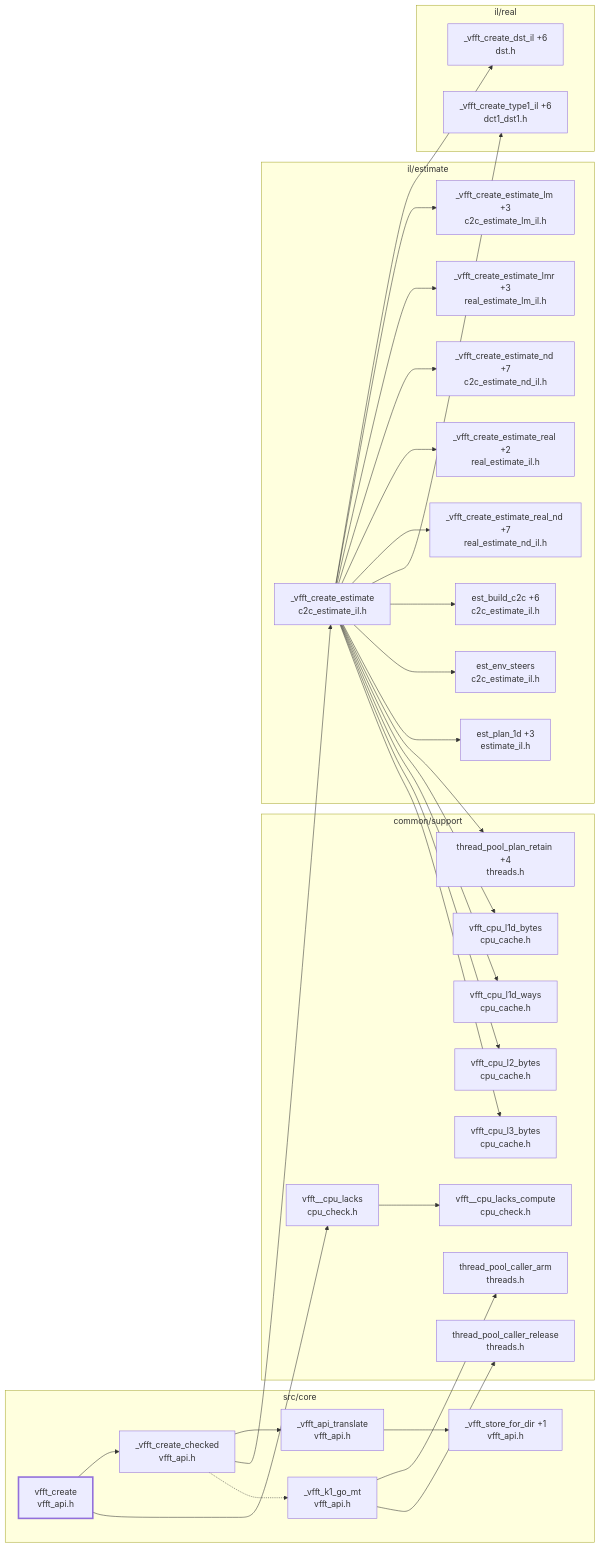
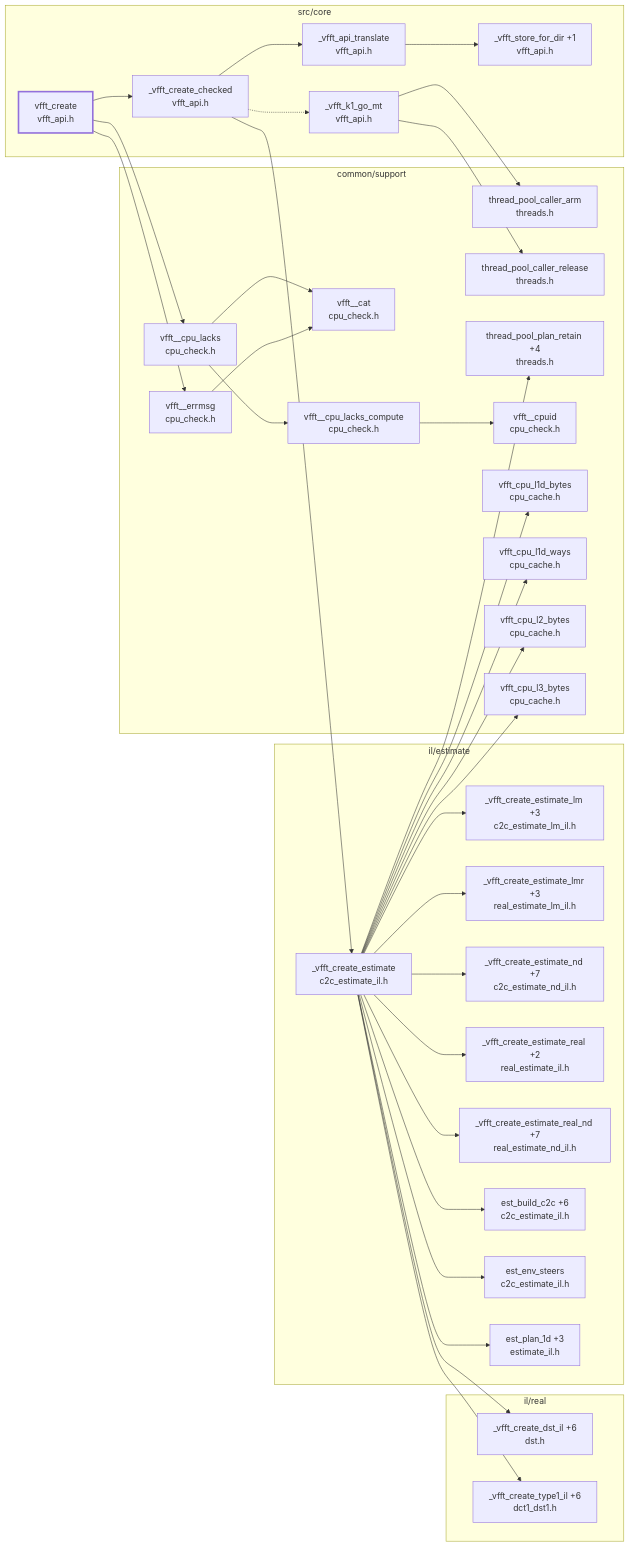
One commit to Tugbars/VectorFFT changed the diagram in docs/architecture/generated/calls/create.md. Above: the diagram before and after it, drawn with Mermaid. The commit also changed 40 other files, not shown here.

````diff
--- a/docs/architecture/generated/calls/create.md
+++ b/docs/architecture/generated/calls/create.md
@@ -10,61 +10,68 @@
 ```mermaid
 flowchart LR
     subgraph n_f__core_["src/core"]
         n_fn__vfft_api_translate["_vfft_api_translate<br/>vfft_api.h"]
         n_fn__vfft_create_checked["_vfft_create_checked<br/>vfft_api.h"]
         n_fn__vfft_k1_go_mt["_vfft_k1_go_mt<br/>vfft_api.h"]
         n_fn__vfft_store_for_dir["_vfft_store_for_dir +1<br/>vfft_api.h"]
         n_fn_vfft_create["vfft_create<br/>vfft_api.h"]:::entry
     end
     subgraph n_f_common_support["common/support"]
         n_fn_thread_pool_caller_arm["thread_pool_caller_arm<br/>threads.h"]
         n_fn_thread_pool_caller_release["thread_pool_caller_release<br/>threads.h"]
         n_fn_thread_pool_plan_retain["thread_pool_plan_retain +4<br/>threads.h"]
+        n_fn_vfft__cat["vfft__cat<br/>cpu_check.h"]
         n_fn_vfft__cpu_lacks["vfft__cpu_lacks<br/>cpu_check.h"]
         n_fn_vfft__cpu_lacks_compute["vfft__cpu_lacks_compute<br/>cpu_check.h"]
+        n_fn_vfft__cpuid["vfft__cpuid<br/>cpu_check.h"]
+        n_fn_vfft__errmsg["vfft__errmsg<br/>cpu_check.h"]
         n_fn_vfft_cpu_l1d_bytes["vfft_cpu_l1d_bytes<br/>cpu_cache.h"]
         n_fn_vfft_cpu_l1d_ways["vfft_cpu_l1d_ways<br/>cpu_cache.h"]
         n_fn_vfft_cpu_l2_bytes["vfft_cpu_l2_bytes<br/>cpu_cache.h"]
         n_fn_vfft_cpu_l3_bytes["vfft_cpu_l3_bytes<br/>cpu_cache.h"]
     end
     subgraph n_f_il_estimate["il/estimate"]
         n_fn__vfft_create_estimate["_vfft_create_estimate<br/>c2c_estimate_il.h"]
         n_fn__vfft_create_estimate_lm["_vfft_create_estimate_lm +3<br/>c2c_estimate_lm_il.h"]
         n_fn__vfft_create_estimate_lmr["_vfft_create_estimate_lmr +3<br/>real_estimate_lm_il.h"]
         n_fn__vfft_create_estimate_nd["_vfft_create_estimate_nd +7<br/>c2c_estimate_nd_il.h"]
         n_fn__vfft_create_estimate_real["_vfft_create_estimate_real +2<br/>real_estimate_il.h"]
         n_fn__vfft_create_estimate_real_nd["_vfft_create_estimate_real_nd +7<br/>real_estimate_nd_il.h"]
         n_fn_est_build_c2c["est_build_c2c +6<br/>c2c_estimate_il.h"]
         n_fn_est_env_steers["est_env_steers<br/>c2c_estimate_il.h"]
         n_fn_est_plan_1d["est_plan_1d +3<br/>estimate_il.h"]
     end
     subgraph n_f_il_real["il/real"]
         n_fn__vfft_create_dst_il["_vfft_create_dst_il +6<br/>dst.h"]
         n_fn__vfft_create_type1_il["_vfft_create_type1_il +6<br/>dct1_dst1.h"]
     end
     n_fn__vfft_api_translate --> n_fn__vfft_store_for_dir
     n_fn__vfft_create_checked --> n_fn__vfft_api_translate
     n_fn__vfft_create_checked --> n_fn__vfft_create_estimate
     n_fn__vfft_create_checked -.-> n_fn__vfft_k1_go_mt
     n_fn__vfft_create_estimate --> n_fn__vfft_create_dst_il
     n_fn__vfft_create_estimate --> n_fn__vfft_create_estimate_lm
     n_fn__vfft_create_estimate --> n_fn__vfft_create_estimate_lmr
     n_fn__vfft_create_estimate --> n_fn__vfft_create_estimate_nd
     n_fn__vfft_create_estimate --> n_fn__vfft_create_estimate_real
     n_fn__vfft_create_estimate --> n_fn__vfft_create_estimate_real_nd
     n_fn__vfft_create_estimate --> n_fn__vfft_create_type1_il
     n_fn__vfft_create_estimate --> n_fn_est_build_c2c
     n_fn__vfft_create_estimate --> n_fn_est_env_steers
     n_fn__vfft_create_estimate --> n_fn_est_plan_1d
     n_fn__vfft_create_estimate --> n_fn_thread_pool_plan_retain
     n_fn__vfft_create_estimate --> n_fn_vfft_cpu_l1d_bytes
     n_fn__vfft_create_estimate --> n_fn_vfft_cpu_l1d_ways
     n_fn__vfft_create_estimate --> n_fn_vfft_cpu_l2_bytes
     n_fn__vfft_create_estimate --> n_fn_vfft_cpu_l3_bytes
     n_fn__vfft_k1_go_mt --> n_fn_thread_pool_caller_arm
     n_fn__vfft_k1_go_mt --> n_fn_thread_pool_caller_release
+    n_fn_vfft__cpu_lacks --> n_fn_vfft__cat
     n_fn_vfft__cpu_lacks --> n_fn_vfft__cpu_lacks_compute
+    n_fn_vfft__cpu_lacks_compute --> n_fn_vfft__cpuid
+    n_fn_vfft__errmsg --> n_fn_vfft__cat
     n_fn_vfft_create --> n_fn__vfft_create_checked
     n_fn_vfft_create --> n_fn_vfft__cpu_lacks
+    n_fn_vfft_create --> n_fn_vfft__errmsg
     classDef entry stroke-width:3px
 ```
````
